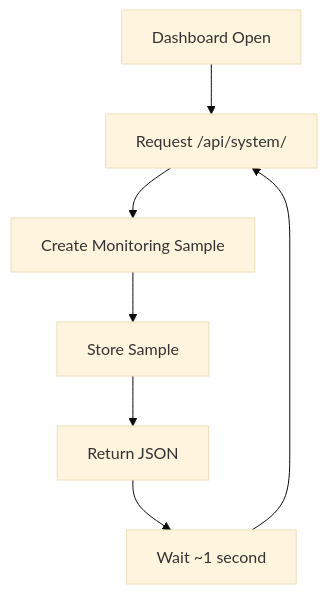
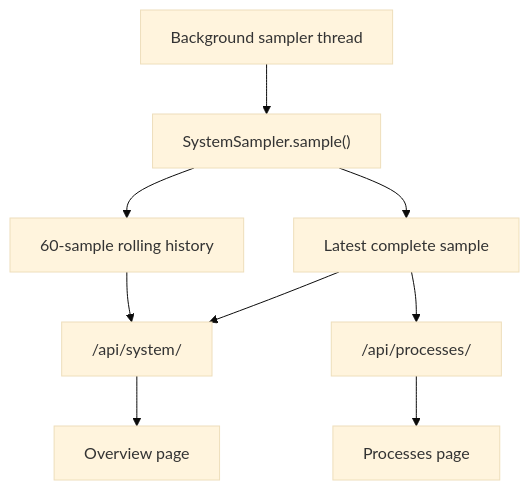
One commit to IronRon/Sys-Monitor changed diagram 26 of 31 in docs/architecture.md. Above: the diagram before and after it, drawn with Mermaid (base theme). The commit also changed other lines of this file and 8 other files, not shown here.

First line of the commit message:
Refactor monitoring architecture to implement continuous background sampling

````diff
--- a/docs/architecture.md
+++ b/docs/architecture.md
@@ -1363,21 +1335,20 @@
 ```mermaid
 flowchart TD
-    Browser["Dashboard Open"]
+    THREAD["Background sampler thread"]
+    SAMPLE["SystemSampler.sample()"]
+    LATEST["Latest complete sample"]
+    HISTORY["60-sample rolling history"]
+    SYS["/api/system/"]
+    PROC["/api/processes/"]
+    OVERVIEW["Overview page"]
+    PROCESSES["Processes page"]
 
-    Request["Request /api/system/"]
-
-    Sample["Create Monitoring Sample"]
-
-    History["Store Sample"]
-
-    Response["Return JSON"]
-
-    Wait["Wait ~1 second"]
-
-    Browser --> Request
-    Request --> Sample
-    Sample --> History
-    History --> Response
-    Response --> Wait
-    Wait --> Request
+    THREAD --> SAMPLE
+    SAMPLE --> LATEST
+    SAMPLE --> HISTORY
+    LATEST --> SYS
+    HISTORY --> SYS
+    LATEST --> PROC
+    SYS --> OVERVIEW
+    PROC --> PROCESSES
 ```
````
